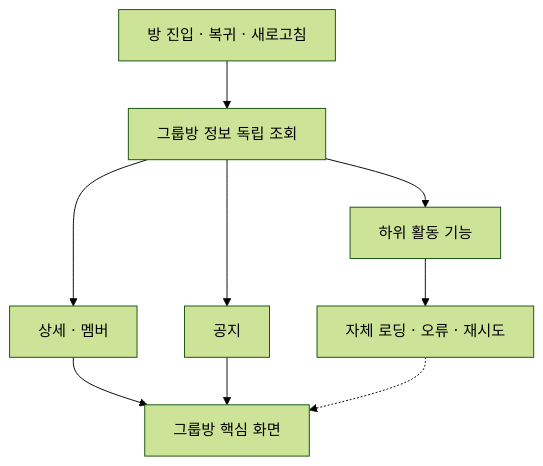
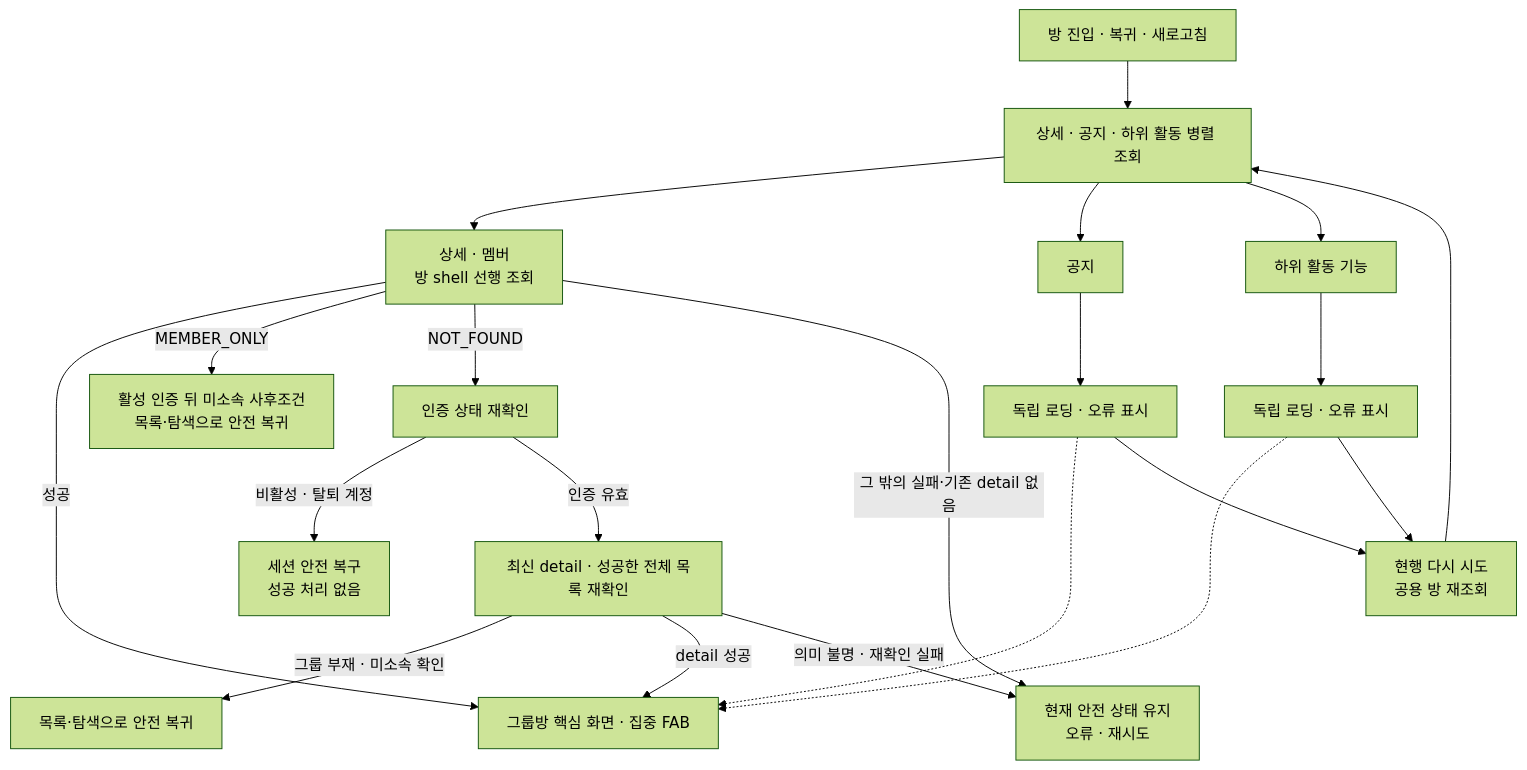
One commit to OneOrThree/phone changed the third of 3 diagrams in docs/prd/group/features/03-activity/high-level-design.md. Above: the diagram before and after it, drawn with Mermaid (forest theme). The commit also changed other lines of this file and 21 other files, not shown here.

````diff
--- a/docs/prd/group/features/03-activity/high-level-design.md
+++ b/docs/prd/group/features/03-activity/high-level-design.md
@@ -53,12 +54,24 @@
 ```mermaid
 flowchart TD
-    Enter["방 진입 · 복귀 · 새로고침"] --> Load["그룹방 정보 독립 조회"]
-    Load --> D["상세 · 멤버"]
+    Enter["방 진입 · 복귀 · 새로고침"] --> Load["상세 · 공지 · 하위 활동 병렬 조회"]
+    Load --> D["상세 · 멤버\n방 shell 선행 조회"]
     Load --> N["공지"]
     Load --> Child["하위 활동 기능"]
+    D -->|성공| Core["그룹방 핵심 화면 · 집중 FAB"]
+    D -->|MEMBER_ONLY| MemberOnly["활성 인증 뒤 미소속 사후조건\n목록·탐색으로 안전 복귀"]
+    D -->|NOT_FOUND| AuthCheck["인증 상태 재확인"]
+    AuthCheck -->|비활성 · 탈퇴 계정| SessionRecover["세션 안전 복구\n성공 처리 없음"]
+    AuthCheck -->|인증 유효| ScopeCheck["최신 detail · 성공한 전체 목록 재확인"]
+    ScopeCheck -->|그룹 부재 · 미소속 확인| SafeReturn["목록·탐색으로 안전 복귀"]
+    ScopeCheck -->|detail 성공| Core
+    ScopeCheck -->|의미 불명 · 재확인 실패| DetailError["현재 안전 상태 유지\n오류 · 재시도"]
+    D -->|그 밖의 실패·기존 detail 없음| DetailError
 
-    D --> Core["그룹방 핵심 화면"]
-    N --> Core
-    Child --> ChildState["자체 로딩 · 오류 · 재시도"]
+    N --> NoticeState["독립 로딩 · 오류 표시"]
+    Child --> ChildState["독립 로딩 · 오류 표시"]
+    NoticeState -.-> Core
     ChildState -.-> Core
+    NoticeState --> Retry["현행 다시 시도<br/>공용 방 재조회"]
+    ChildState --> Retry
+    Retry --> Load
 ```
````
